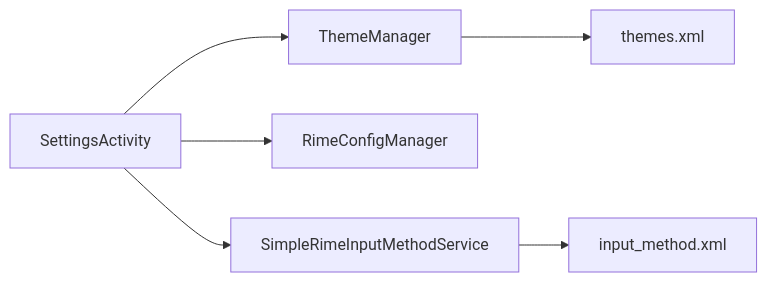
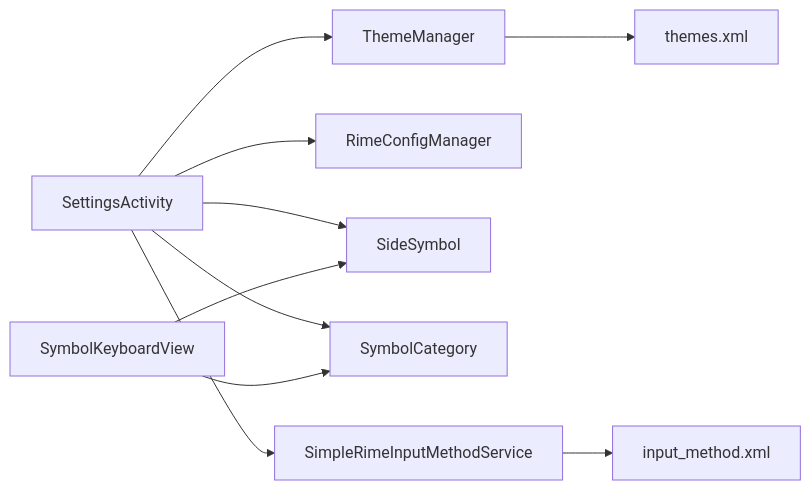
Before and after one commit to qiaodashaoye/ziyou-ime: the eighth of 8 diagrams in .qoder/repowiki/zh/content/架构设计/分层架构设计/UI 层设计/设置界面 (SettingsActivity).md, drawn with Mermaid. The commit also changed other lines of this file and 4 other files, not shown here.

Commit message:
docs(repowiki): 同步 AI 面板/图片发送/符号键盘 架构文档

````diff
--- a/.qoder/repowiki/zh/content/架构设计/分层架构设计/UI 层设计/设置界面 (SettingsActivity).md
+++ b/.qoder/repowiki/zh/content/架构设计/分层架构设计/UI 层设计/设置界面 (SettingsActivity).md
@@ -286,8 +368,12 @@
 ```mermaid
 graph LR
 SA["SettingsActivity"] --> TM["ThemeManager"]
 SA --> RCM["RimeConfigManager"]
+SA --> SS["SideSymbol"]
+SA --> SC["SymbolCategory"]
 SA --> IMS["SimpleRimeInputMethodService"]
 TM --> TH["themes.xml"]
 IMS --> IMX["input_method.xml"]
+SKV["SymbolKeyboardView"] --> SS
+SKV --> SC
 ```
````
